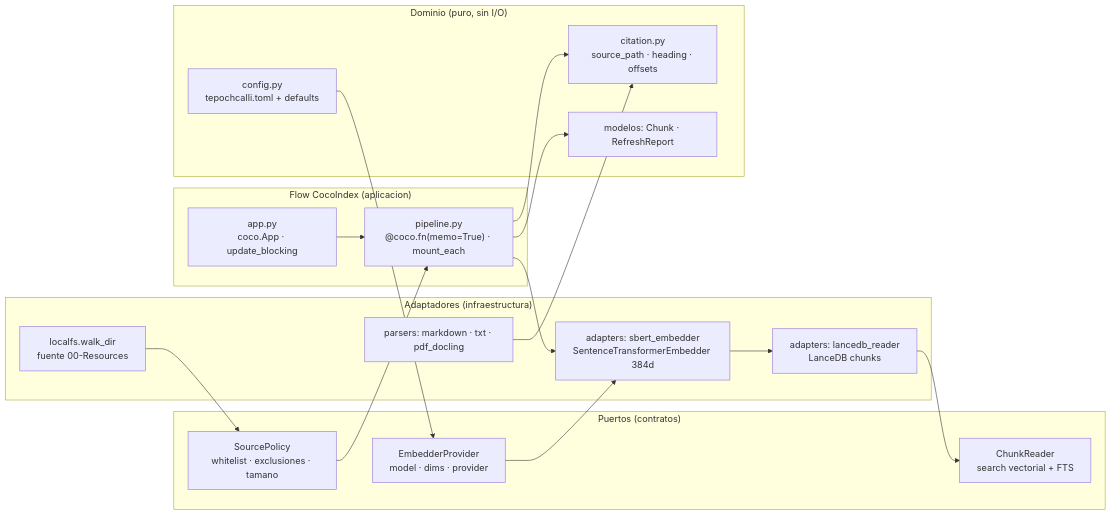
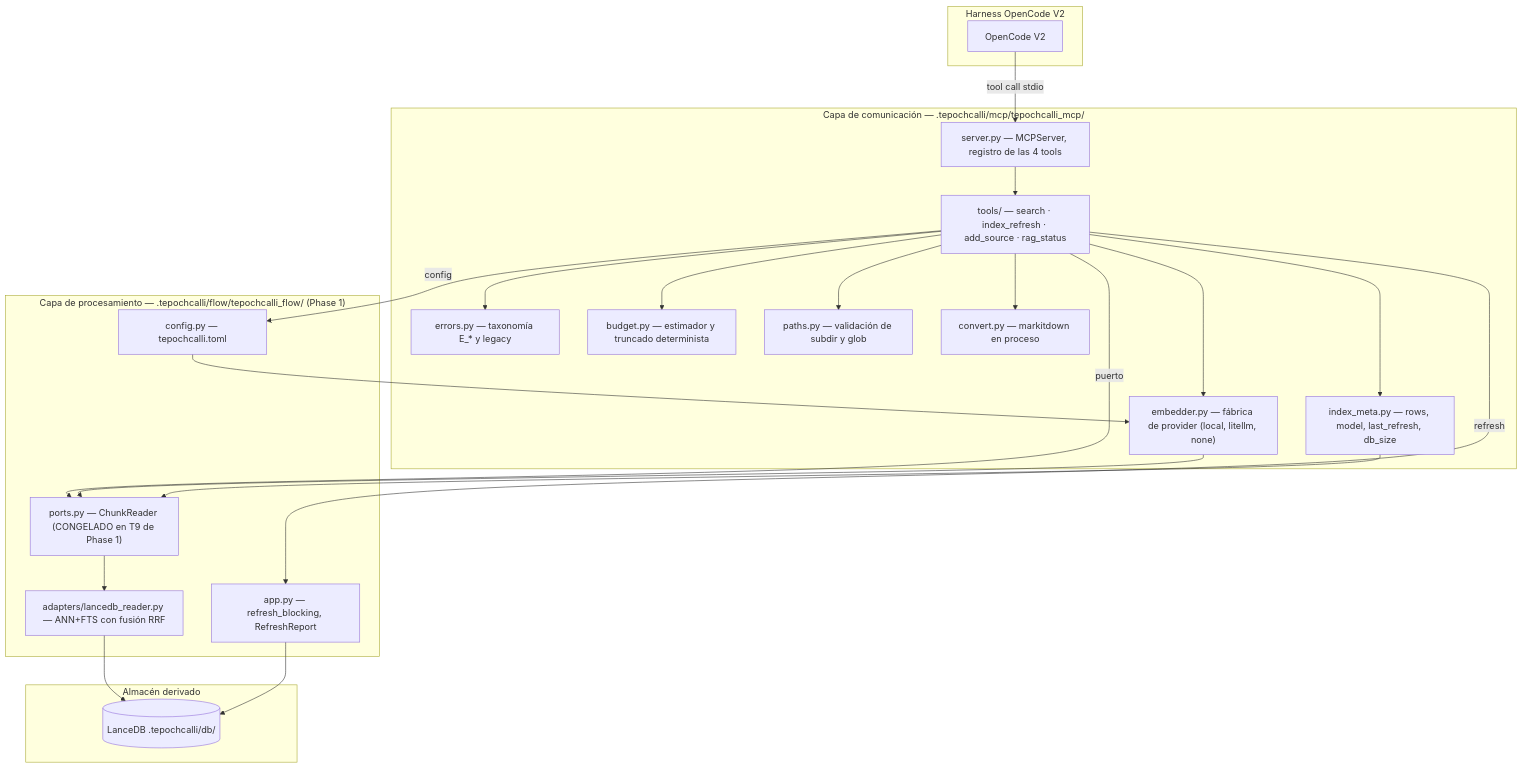
The second of 2 diagrams in tasks/plan.md (Fisherk2/tepochcalli-opencode), drawn with Mermaid before and after one commit. The commit also changed other lines of this file and 1 other file, not shown here.

First line of the commit message:
docs: Planea la Phase 2 del server MCP tepochcalli-rag

````diff
--- a/tasks/plan.md
+++ b/tasks/plan.md
@@ -77,38 +120,46 @@
 ```mermaid
-graph LR
-    subgraph ADAPTADORES["Adaptadores (infraestructura)"]
-        SRC["localfs.walk_dir<br/>fuente 00-Resources"]
-        PARSE["parsers: markdown · txt · pdf_docling"]
-        EMB["adapters: sbert_embedder<br/>SentenceTransformerEmbedder 384d"]
-        DB["adapters: lancedb_reader<br/>LanceDB chunks"]
+graph TB
+    subgraph HARNESS["Harness OpenCode V2"]
+        OC["OpenCode V2"]
     end
 
-    subgraph PUERTOS["Puertos (contratos)"]
-        PSRC["SourcePolicy<br/>whitelist · exclusiones · tamano"]
-        PCH["ChunkReader<br/>search vectorial + FTS"]
-        PEMB["EmbedderProvider<br/>model · dims · provider"]
+    subgraph MCP["Capa de comunicación — .tepochcalli/mcp/tepochcalli_mcp/"]
+        SRV["server.py — MCPServer, registro de las 4 tools"]
+        TOOLS["tools/ — search · index_refresh · add_source · rag_status"]
+        ERR["errors.py — taxonomía E_* y legacy"]
+        BUD["budget.py — estimador y truncado determinista"]
+        PATHS["paths.py — validación de subdir y glob"]
+        EMB["embedder.py — fábrica de provider (local, litellm, none)"]
+        META["index_meta.py — rows, model, last_refresh, db_size"]
+        CONV["convert.py — markitdown en proceso"]
     end
 
-    subgraph DOMINIO["Dominio (puro, sin I/O)"]
-        CIT["citation.py<br/>source_path · heading · offsets"]
-        CFG["config.py<br/>tepochcalli.toml + defaults"]
-        MODELOS["modelos: Chunk · RefreshReport"]
+    subgraph FLOW["Capa de procesamiento — .tepochcalli/flow/tepochcalli_flow/ (Phase 1)"]
+        PORTS["ports.py — ChunkReader (CONGELADO en T9 de Phase 1)"]
+        ADAPT["adapters/lancedb_reader.py — ANN+FTS con fusión RRF"]
+        APP["app.py — refresh_blocking, RefreshReport"]
+        CFG["config.py — tepochcalli.toml"]
     end
 
-    subgraph FLOW["Flow CocoIndex (aplicacion)"]
-        PIPE["pipeline.py<br/>@coco.fn(memo=True) · mount_each"]
-        APP["app.py<br/>coco.App · update_blocking"]
+    subgraph STORAGE["Almacén derivado"]
+        LANCE[("LanceDB .tepochcalli/db/")]
     end
 
-    SRC --> PSRC
-    PSRC --> PIPE
-    PARSE --> CIT
-    CFG --> PEMB
-    PEMB --> EMB
-    PIPE --> CIT
-    PIPE --> EMB
-    EMB --> DB
-    DB --> PCH
-    PIPE --> MODELOS
-    APP --> PIPE
+    OC -->|tool call stdio| SRV
+    SRV --> TOOLS
+    TOOLS --> ERR
+    TOOLS --> BUD
+    TOOLS --> PATHS
+    TOOLS --> EMB
+    TOOLS --> META
+    TOOLS --> CONV
+    TOOLS -->|puerto| PORTS
+    TOOLS -->|refresh| APP
+    TOOLS -->|config| CFG
+    EMB --> PORTS
+    META --> PORTS
+    PORTS --> ADAPT
+    ADAPT --> LANCE
+    APP --> LANCE
+    CFG --> EMB
 ```
````
